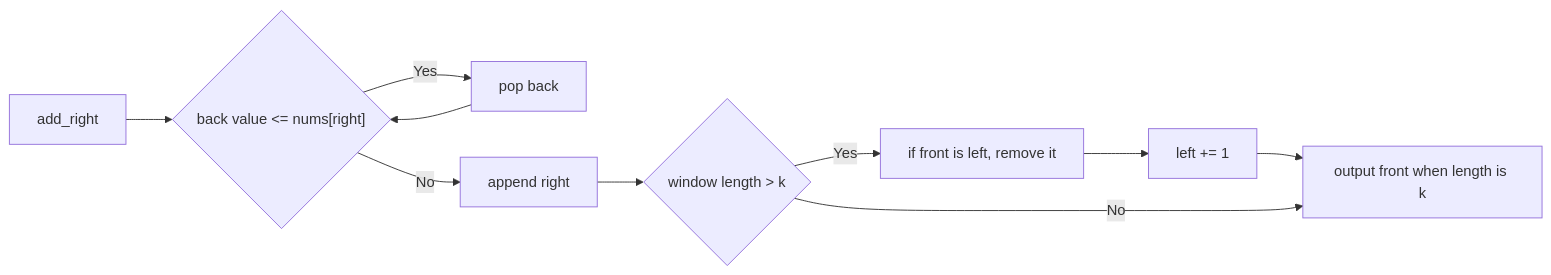
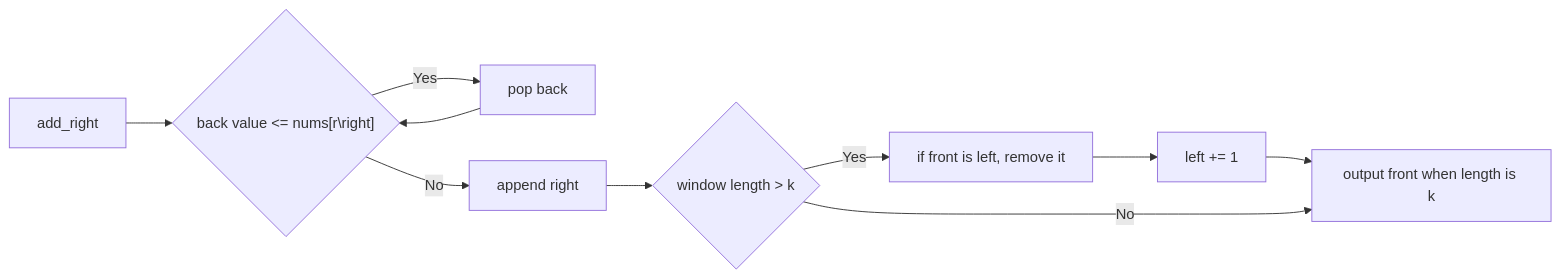
Before and after one commit to CurryTang/mlphdinterview: the third of 3 diagrams in notes/Leetcode/CoreSkills18 Sliding Window.en.md, drawn with Mermaid. The commit also changed other lines of this file and 114 other files, not shown here.

````diff
--- a/notes/Leetcode/CoreSkills18 Sliding Window.en.md
+++ b/notes/Leetcode/CoreSkills18 Sliding Window.en.md
@@ -482,12 +482,12 @@
 ```mermaid
 flowchart LR
-  A["add_right"] --> B{"back value <= nums[right]"}
+  A["add_right"] --> B{"back value <= nums[r\right]"}
   B -->|Yes| C["pop back"]
   C --> B
   B -->|No| D["append right"]
   D --> E{"window length > k"}
   E -->|Yes| F["if front is left, remove it"]
   F --> G["left += 1"]
   G --> H
   E -->|No| H["output front when length is k"]
 ```
````
